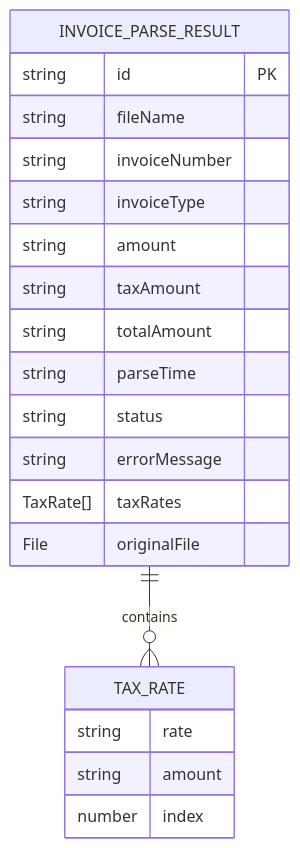
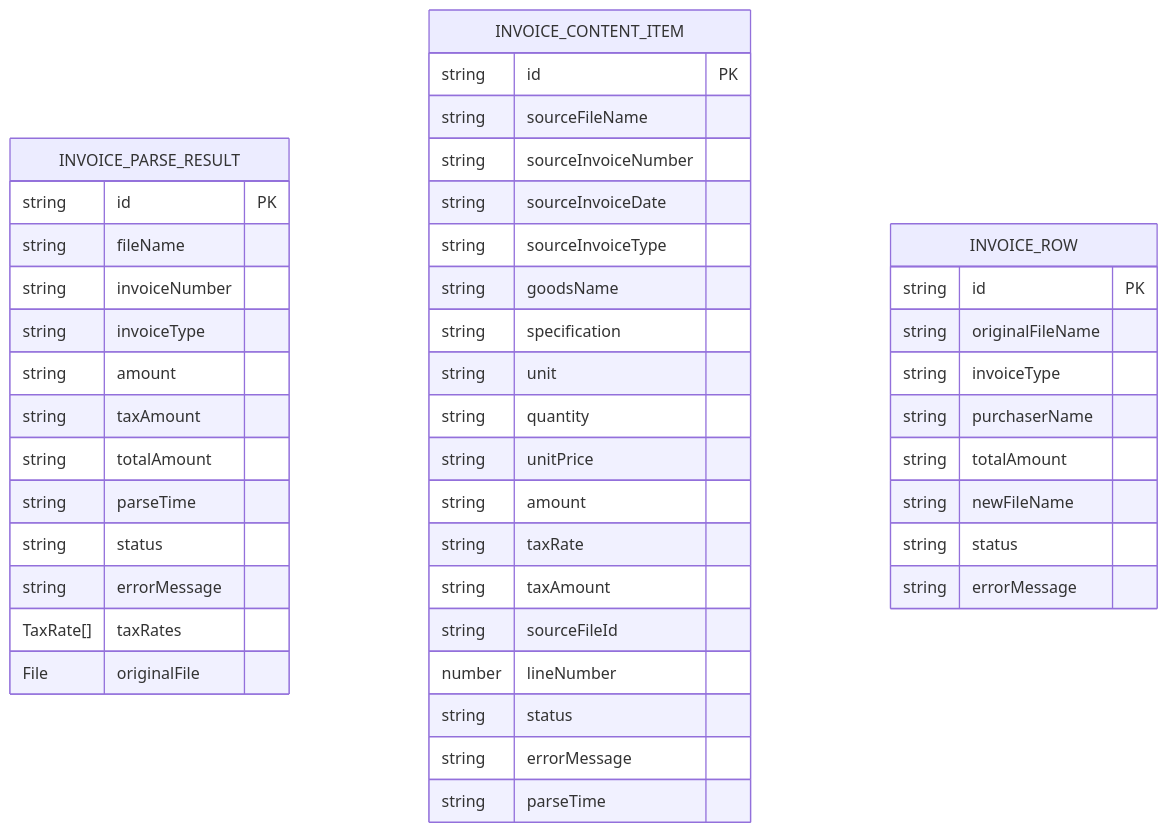
One commit to dunhuixiao/FinanceTools changed the second of 8 diagrams in .qoder/repowiki/zh/content/发票解析功能/发票解析功能.md. Above: the diagram before and after it, drawn with Mermaid. The commit also changed other lines of this file and 20 other files, not shown here.

````diff
--- a/.qoder/repowiki/zh/content/发票解析功能/发票解析功能.md
+++ b/.qoder/repowiki/zh/content/发票解析功能/发票解析功能.md
@@ -85,23 +128,47 @@
 ```mermaid
 erDiagram
 INVOICE_PARSE_RESULT {
 string id PK
 string fileName
 string invoiceNumber
 string invoiceType
 string amount
 string taxAmount
 string totalAmount
 string parseTime
 string status
 string errorMessage
 TaxRate[] taxRates
 File originalFile
 }
-TAX_RATE {
-string rate
+INVOICE_CONTENT_ITEM {
+string id PK
+string sourceFileName
+string sourceInvoiceNumber
+string sourceInvoiceDate
+string sourceInvoiceType
+string goodsName
+string specification
+string unit
+string quantity
+string unitPrice
 string amount
-number index
+string taxRate
+string taxAmount
+string sourceFileId
+number lineNumber
+string status
+string errorMessage
+string parseTime
 }
-INVOICE_PARSE_RESULT ||--o{ TAX_RATE : contains
+INVOICE_ROW {
+string id PK
+string originalFileName
+string invoiceType
+string purchaserName
+string totalAmount
+string newFileName
+string status
+string errorMessage
+}
 ```
````
